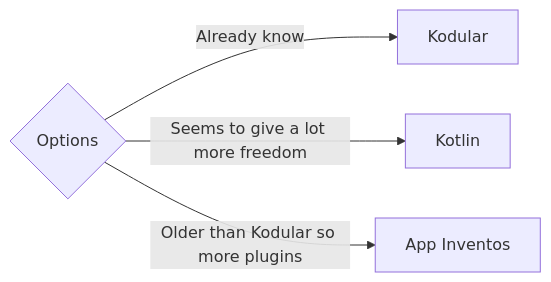
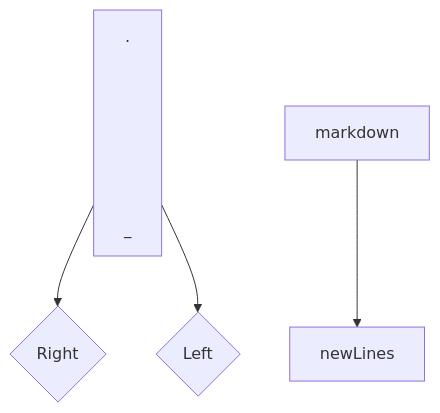
The diagram in README.md (thiago-o-dev/pedrolibrais_1), drawn with Mermaid before and after one commit.

Commit message:
fix flowchart do seu projeto[

````diff
--- a/README.md
+++ b/README.md
@@ -3,7 +3,15 @@
 ```mermaid
-flowchart LR
+flowchart TD
 
-A{Options} --> |Already know| B[Kodular]
-A -->|Seems to give a lot more freedom| C[Kotlin]
-A -->|Older than Kodular so more plugins| D[App Inventos]
+A[ .
+
+
+
+
+
+
+
+_ ] --> B{Right}
+A --> C{Left}
+markdown --> newLines
 ```
````
